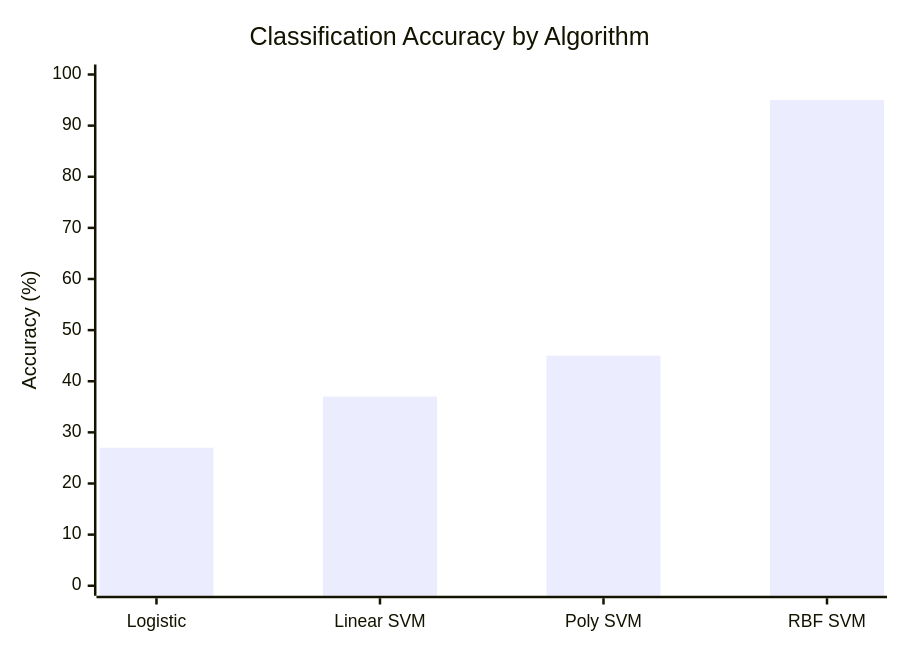
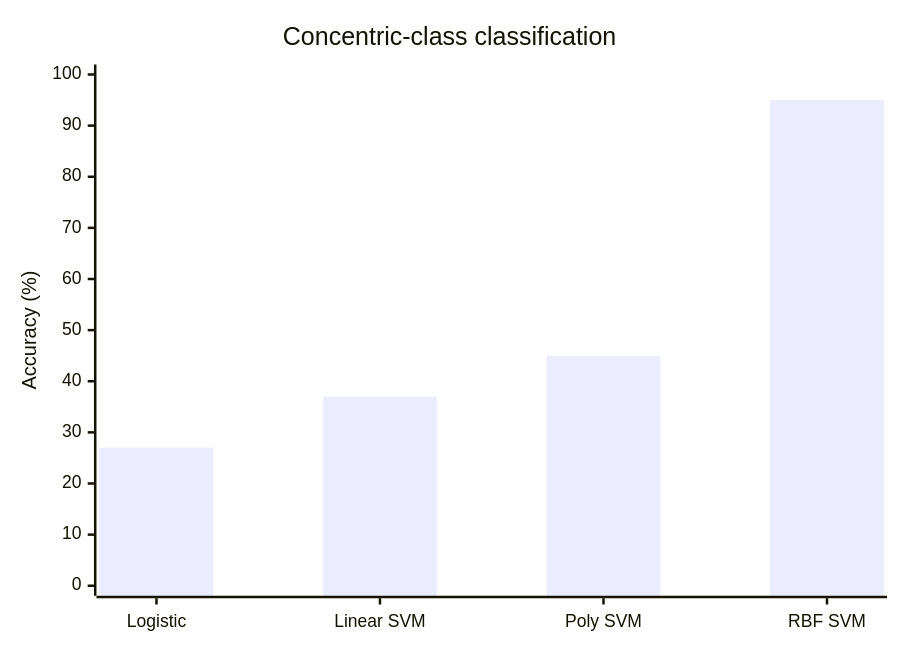
The diagram in machine_learning/linear_models/README.md (Mateos06/holbertonschool-machine_learning), drawn with Mermaid before and after one commit. The commit also changed other lines of this file, not shown here.

````diff
--- a/machine_learning/linear_models/README.md
+++ b/machine_learning/linear_models/README.md
@@ -668,7 +45,7 @@
 ```mermaid
 xychart-beta
-    title "Classification Accuracy by Algorithm"
+    title "Concentric-class classification"
     x-axis ["Logistic", "Linear SVM", "Poly SVM", "RBF SVM"]
     y-axis "Accuracy (%)" 0 --> 100
     bar [27, 37, 45, 95]
 ```
````
